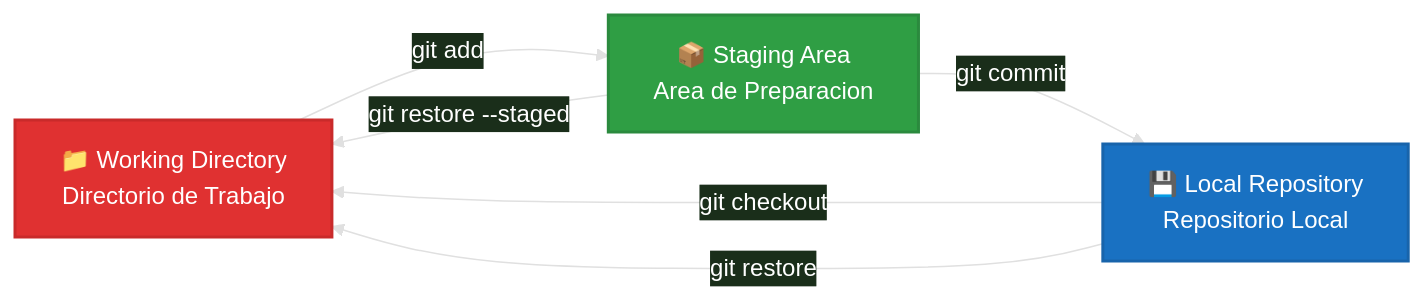
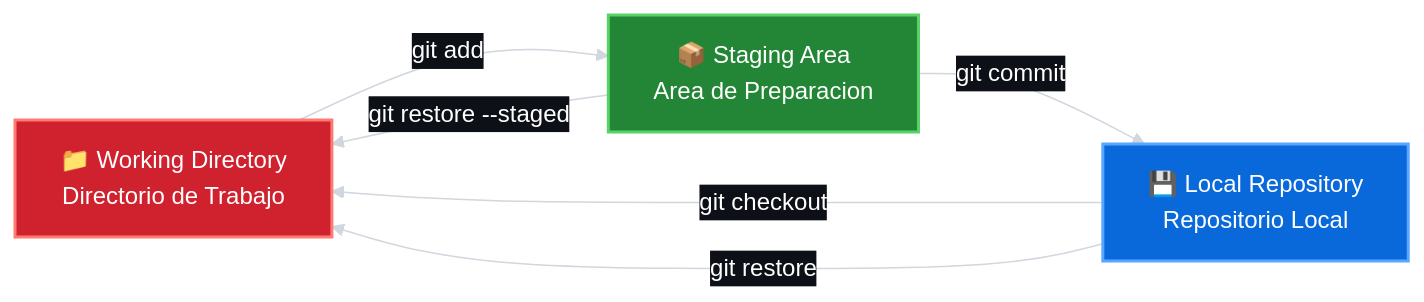
The sixth of 9 diagrams in README.md (7on2/curso-git-github-desde-cero), drawn with Mermaid before and after one commit. The commit also changed other lines of this file, not shown here.

Commit message:
Mejora colores e iconos de diagramas Mermaid

````diff
--- a/README.md
+++ b/README.md
@@ -647,17 +647,17 @@
 ```mermaid
-%%{init: {'theme': 'base', 'themeVariables': {'primaryTextColor': '#fff', 'primaryColor': '#1a1a2e', 'lineColor': '#e0e0e0', 'secondaryTextColor': '#fff', 'tertiaryTextColor': '#fff'}}}%%
+%%{init: {'theme': 'base', 'themeVariables': {'primaryTextColor': '#ffffff', 'secondaryTextColor': '#ffffff', 'tertiaryTextColor': '#ffffff', 'lineColor': '#d0d7de', 'edgeLabelBackground': '#0d1117', 'fontFamily': 'Arial'}}}%%
 flowchart LR
     WD[📁 Working Directory\nDirectorio de Trabajo]
     SA[📦 Staging Area\nArea de Preparacion]
     LR2[💾 Local Repository\nRepositorio Local]
 
     WD -->|git add| SA
     SA -->|git commit| LR2
     LR2 -->|git checkout| WD
     SA -->|git restore --staged| WD
     LR2 -->|git restore| WD
 
-    style WD fill:#e03131,stroke:#c92a2a,stroke-width:2px,color:#fff
-    style SA fill:#2f9e44,stroke:#2b8a3e,stroke-width:2px,color:#fff
-    style LR2 fill:#1971c2,stroke:#1864ab,stroke-width:2px,color:#fff
+    style WD fill:#cf222e,stroke:#ff7b72,stroke-width:2px,color:#ffffff
+    style SA fill:#238636,stroke:#56d364,stroke-width:2px,color:#ffffff
+    style LR2 fill:#0969da,stroke:#58a6ff,stroke-width:2px,color:#ffffff
 ```
````
